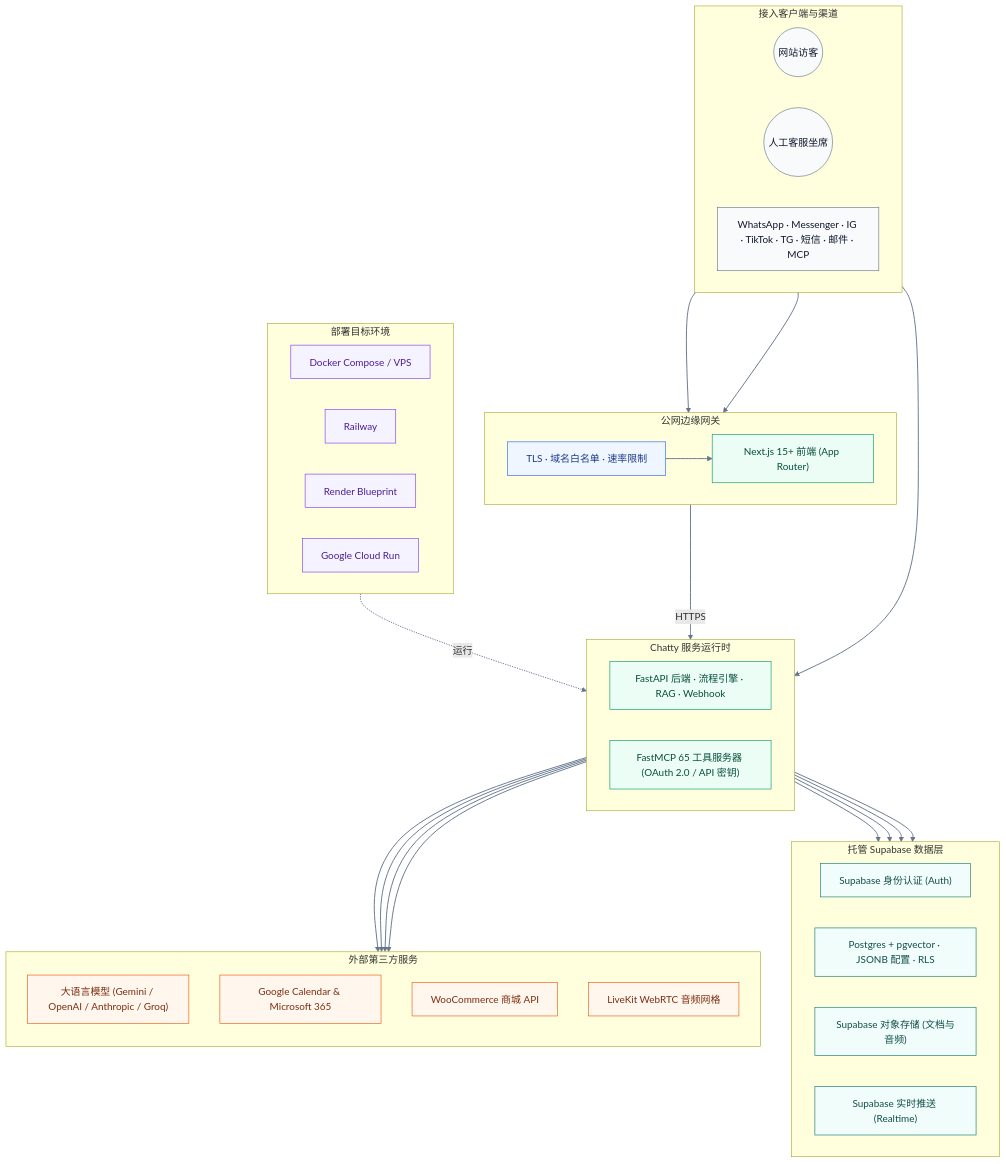
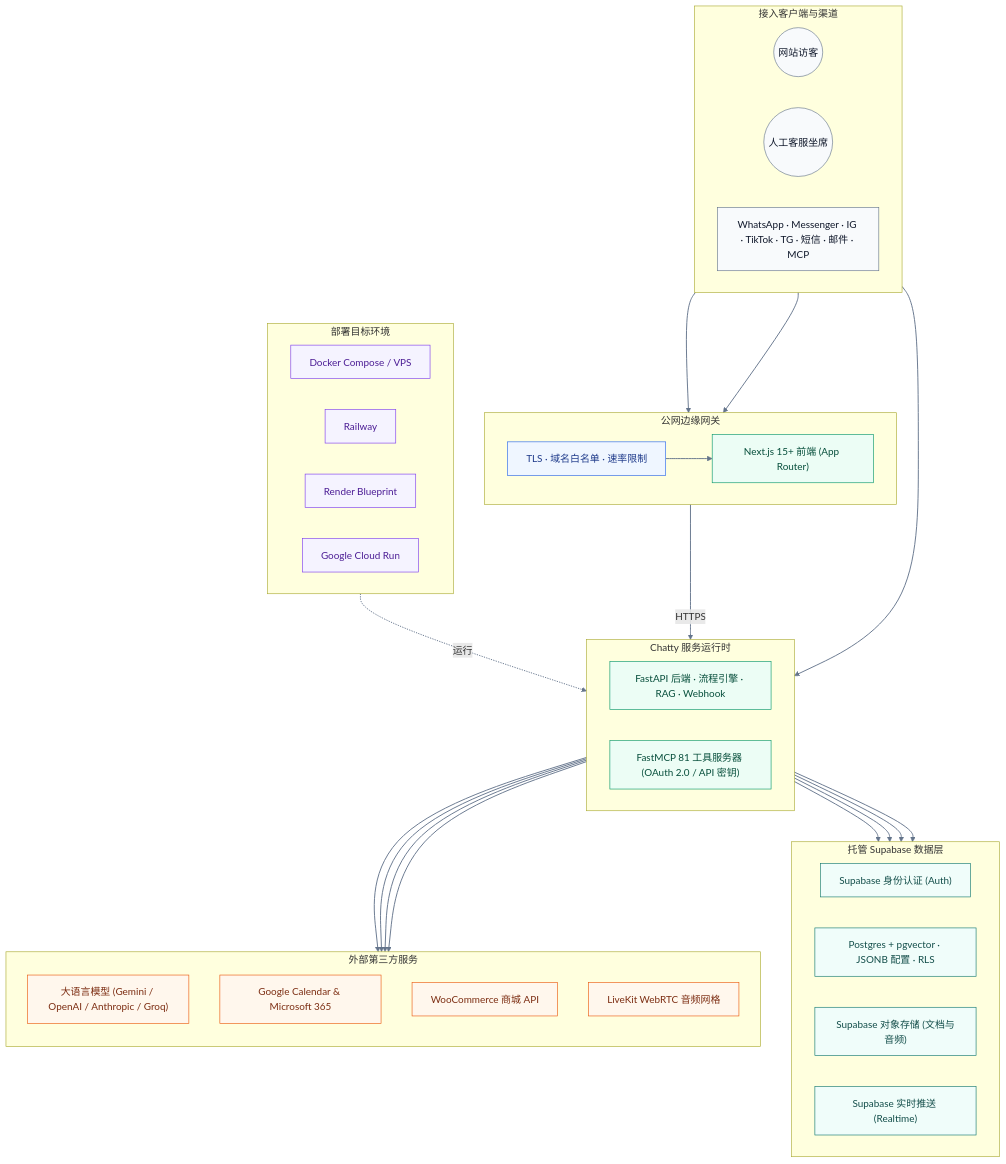
Before and after one commit to PersonaliAI/chatty: the second of 2 diagrams in README.zh-CN.md, drawn with Mermaid. The commit also changed other lines of this file and 12 other files, not shown here.

````diff
--- a/README.zh-CN.md
+++ b/README.zh-CN.md
@@ -351,63 +351,63 @@
 ```mermaid
 flowchart TB
     classDef actor fill:#f8fafc,stroke:#64748b,color:#0f172a
     classDef edge fill:#eff6ff,stroke:#2563eb,color:#1e3a8a
     classDef app fill:#ecfdf5,stroke:#059669,color:#064e3b
     classDef data fill:#f0fdfa,stroke:#0f766e,color:#134e4a
     classDef integration fill:#fff7ed,stroke:#ea580c,color:#7c2d12
     classDef deploy fill:#f5f3ff,stroke:#7c3aed,color:#4c1d95
 
     subgraph clients["接入客户端与渠道"]
         direction LR
         visitor(("网站访客")):::actor
         operator(("人工客服坐席")):::actor
         omni["WhatsApp · Messenger · IG · TikTok · TG · 短信 · 邮件 · MCP"]:::actor
     end
     subgraph edge["公网边缘网关"]
         direction LR
         tls["TLS · 域名白名单 · 速率限制"]:::edge
         web["Next.js 15+ 前端 (App Router)"]:::app
     end
     subgraph runtime["Chatty 服务运行时"]
         direction LR
         api["FastAPI 后端 · 流程引擎 · RAG · Webhook"]:::app
-        mcp["FastMCP 65 工具服务器 (OAuth 2.0 / API 密钥)"]:::app
+        mcp["FastMCP 81 工具服务器 (OAuth 2.0 / API 密钥)"]:::app
     end
     subgraph managed["托管 Supabase 数据层"]
         direction LR
         auth["Supabase 身份认证 (Auth)"]:::data
         postgres["Postgres + pgvector · JSONB 配置 · RLS"]:::data
         storage["Supabase 对象存储 (文档与音频)"]:::data
         realtime["Supabase 实时推送 (Realtime)"]:::data
     end
     subgraph integrations["外部第三方服务"]
         direction TB
         llm["大语言模型 (Gemini / OpenAI / Anthropic / Groq)"]:::integration
         calendar["Google Calendar & Microsoft 365"]:::integration
         wooCommerce["WooCommerce 商城 API"]:::integration
         voiceLiveKit["LiveKit WebRTC 音频网格"]:::integration
     end
     subgraph targets["部署目标环境"]
         direction LR
         docker["Docker Compose / VPS"]:::deploy
         railway["Railway"]:::deploy
         render["Render Blueprint"]:::deploy
         cloudrun["Google Cloud Run"]:::deploy
     end
 
     visitor --> tls
     operator --> web
     omni --> api
     tls --> web
     web -->|HTTPS| api
     api --> auth
     api --> postgres
     api --> storage
     api --> realtime
     api --> llm
     api --> calendar
     api --> wooCommerce
     api --> voiceLiveKit
     targets -. 运行 .-> runtime
     linkStyle default stroke:#64748b,stroke-width:1.5px
 ```
````
